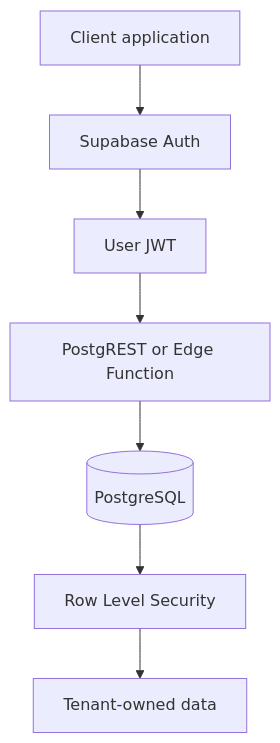
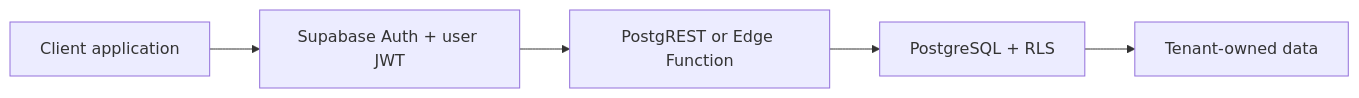
One commit to elamilutinovic-vibePep/supabase-security-labs changed the diagram in README.md. Above: the diagram before and after it, drawn with Mermaid.

Commit message:
docs: compact security model diagram

````diff
--- a/README.md
+++ b/README.md
@@ -32,9 +32,7 @@
 ```mermaid
-flowchart TD
-  Client[Client application] --> Auth[Supabase Auth]
-  Auth --> JWT[User JWT]
-  JWT --> API[PostgREST or Edge Function]
-  API --> DB[(PostgreSQL)]
-  DB --> RLS[Row Level Security]
-  RLS --> Tenant[Tenant-owned data]
+flowchart LR
+  Client["Client application"] --> Auth["Supabase Auth + user JWT"]
+  Auth --> API["PostgREST or Edge Function"]
+  API --> DB["PostgreSQL + RLS"]
+  DB --> Tenant["Tenant-owned data"]
 ```
````
